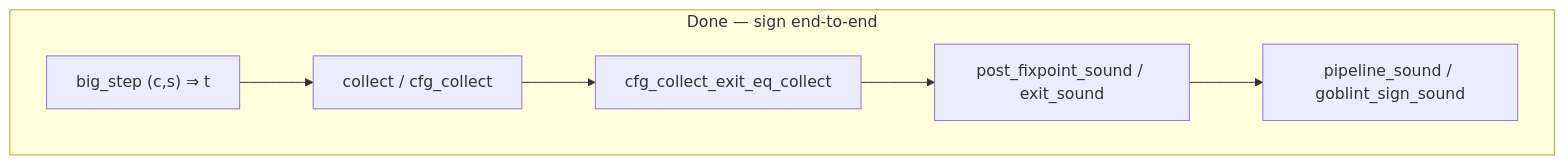
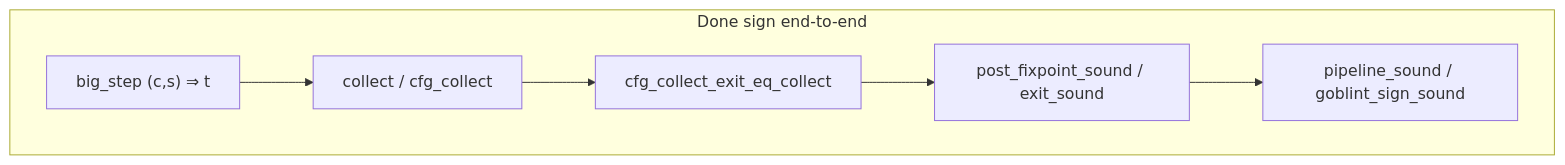
One commit to ManuelLerchner/Voblint-Verification-Master-Thesis changed the first of 6 diagrams in docs/PIPELINE_WALKTHROUGH.md. Above: the diagram before and after it, drawn with Mermaid. The commit also changed other lines of this file and 10 other files, not shown here.

````diff
--- a/docs/PIPELINE_WALKTHROUGH.md
+++ b/docs/PIPELINE_WALKTHROUGH.md
@@ -40,11 +40,11 @@
 ```mermaid
 flowchart TD
-  subgraph done ["Done — sign end-to-end"]
+  subgraph done ["Done sign end-to-end"]
     BS["big_step (c,s) ⇒ t"]
     COL["collect / cfg_collect"]
     EQ["cfg_collect_exit_eq_collect"]
     ABS["post_fixpoint_sound / exit_sound"]
     PS["pipeline_sound / goblint_sign_sound"]
     BS --> COL --> EQ --> ABS --> PS
   end
 ```
````
